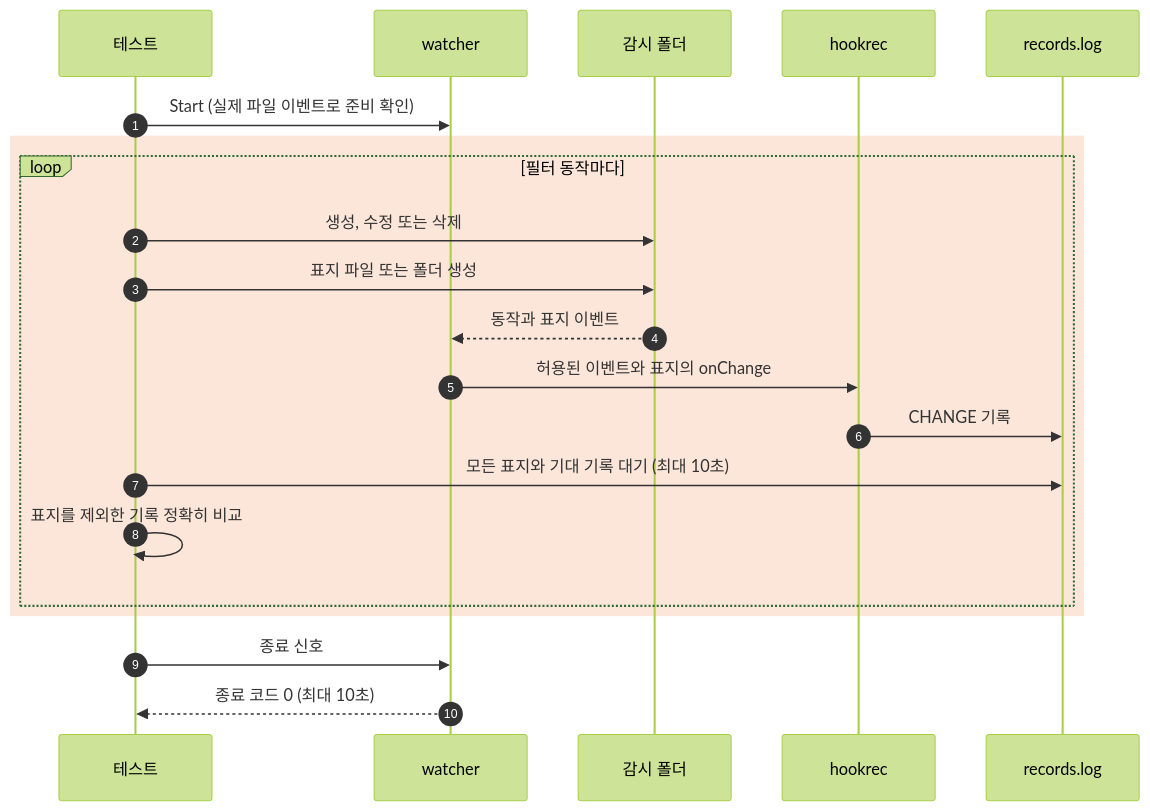
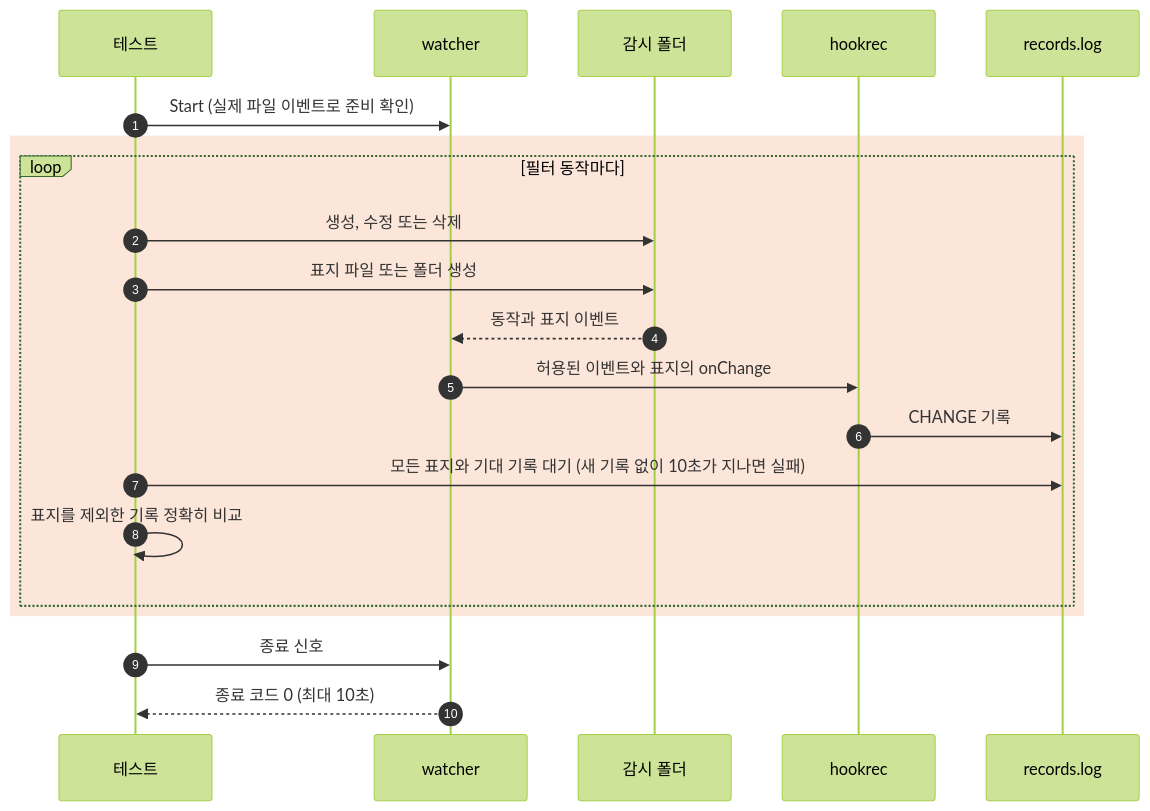
Before and after one commit to seungyeop-lee/directory-watcher: the diagram in e2e/docs/scenarios/watch-options.ko.md, drawn with Mermaid (forest theme). The commit also changed other lines of this file and 17 other files, not shown here.

````diff
--- a/e2e/docs/scenarios/watch-options.ko.md
+++ b/e2e/docs/scenarios/watch-options.ko.md
@@ -34,23 +34,23 @@
 ```mermaid
 sequenceDiagram
     autonumber
     participant testCode as 테스트
     participant watcherProc as watcher
     participant watchDir as 감시 폴더
     participant hookRec as hookrec
     participant recordFile as records.log
     testCode->>watcherProc: Start (실제 파일 이벤트로 준비 확인)
     rect rgba(234, 88, 12, 0.15)
         loop 필터 동작마다
             testCode->>watchDir: 생성, 수정 또는 삭제
             testCode->>watchDir: 표지 파일 또는 폴더 생성
             watchDir-->>watcherProc: 동작과 표지 이벤트
             watcherProc->>hookRec: 허용된 이벤트와 표지의 onChange
             hookRec->>recordFile: CHANGE 기록
-            testCode->>recordFile: 모든 표지와 기대 기록 대기 (최대 10초)
+            testCode->>recordFile: 모든 표지와 기대 기록 대기 (새 기록 없이 10초가 지나면 실패)
             testCode->>testCode: 표지를 제외한 기록 정확히 비교
         end
     end
     testCode->>watcherProc: 종료 신호
     watcherProc-->>testCode: 종료 코드 0 (최대 10초)
 ```
````
